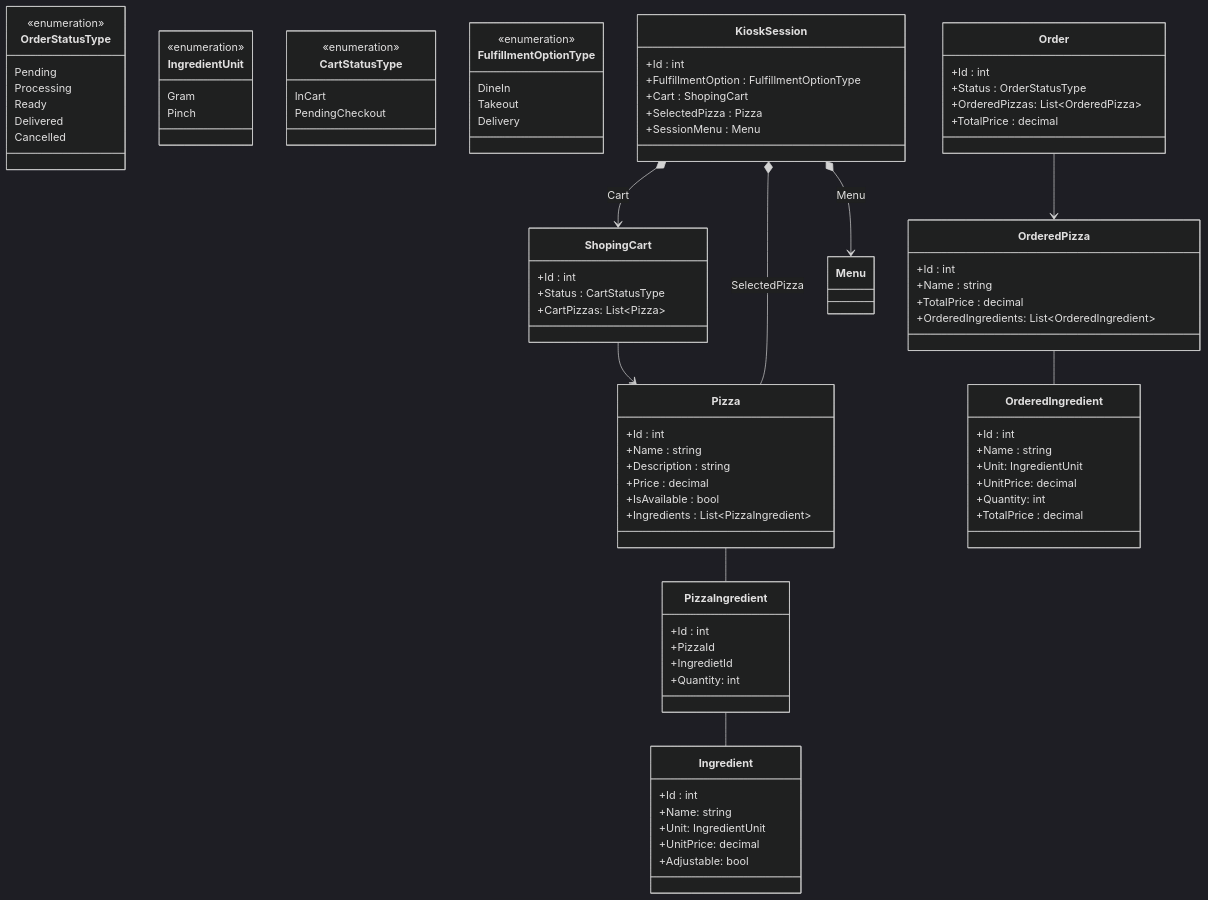
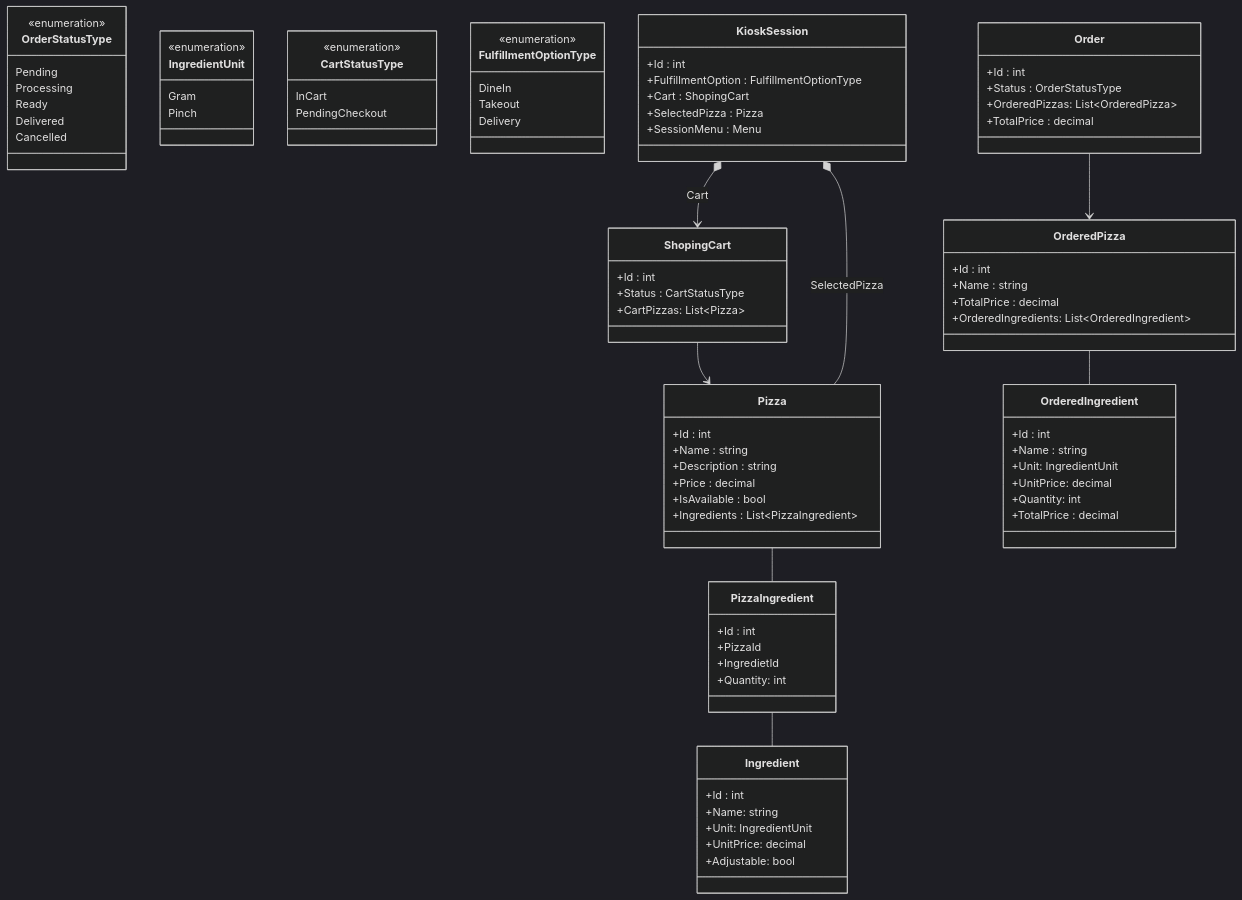
Before and after one commit to ekral/FAI: the diagram in AF/src/Utb.PizzaKiosk/README.md, drawn with Mermaid (dark theme).

````diff
--- a/AF/src/Utb.PizzaKiosk/README.md
+++ b/AF/src/Utb.PizzaKiosk/README.md
@@ -271,6 +271,5 @@
    OrderedPizza -- OrderedIngredient
    KioskSession *-- Pizza  : SelectedPizza
    KioskSession *--> ShopingCart : Cart
-   KioskSession *--> Menu : Menu
 
 ```
````
